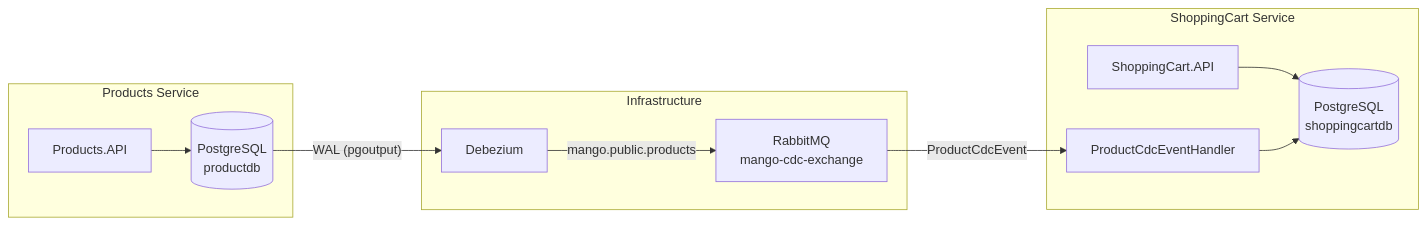
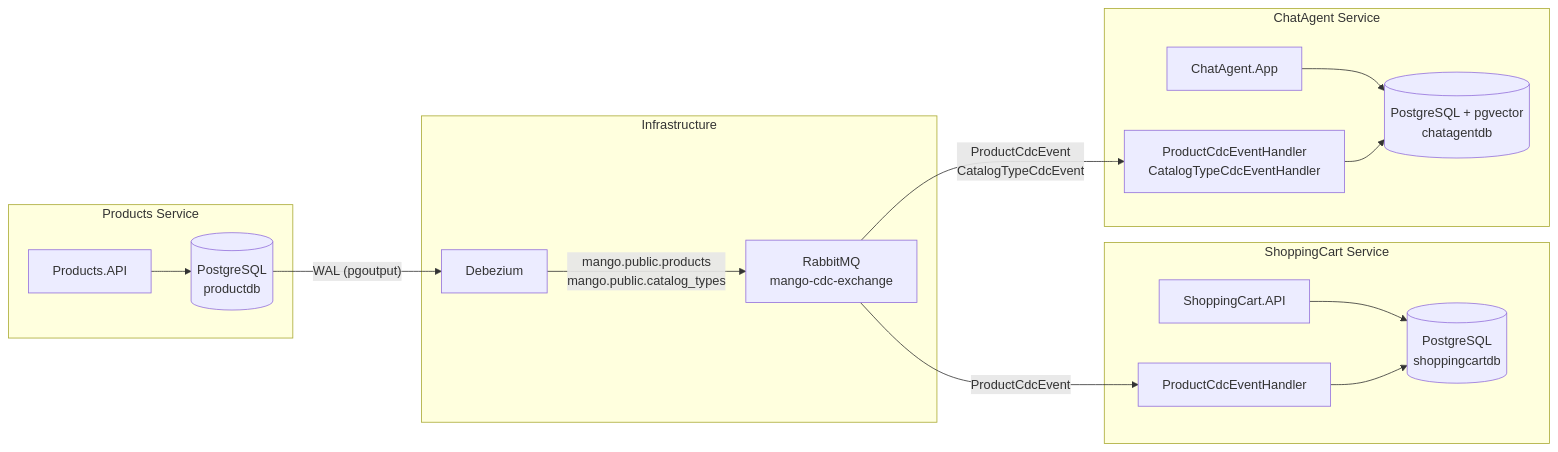
Before and after one commit to haidang9b/MangoAspire: the diagram in docs/CDC.md, drawn with Mermaid. The commit also changed other lines of this file and 76 other files, not shown here.

First line of the commit message:
Add unit tests and integration tests for ChatAgent application (#33)

````diff
--- a/docs/CDC.md
+++ b/docs/CDC.md
@@ -11,26 +11,36 @@
 ```mermaid
 flowchart LR
     subgraph Products Service
         P_DB[(PostgreSQL<br/>productdb)]
         P_API[Products.API]
         P_API --> P_DB
     end
 
     subgraph Infrastructure
         Deb[Debezium]
         RMQ[RabbitMQ<br/>mango-cdc-exchange]
     end
 
     subgraph ShoppingCart Service
         SC_API[ShoppingCart.API]
         SC_DB[(PostgreSQL<br/>shoppingcartdb)]
         SC_Handler[ProductCdcEventHandler]
         
         SC_API --> SC_DB
         SC_Handler --> SC_DB
     end
 
+    subgraph ChatAgent Service
+        CA_App[ChatAgent.App]
+        CA_DB[(PostgreSQL + pgvector<br/>chatagentdb)]
+        CA_Handler[ProductCdcEventHandler<br/>CatalogTypeCdcEventHandler]
+
+        CA_App --> CA_DB
+        CA_Handler --> CA_DB
+    end
+
     P_DB -->|"WAL (pgoutput)"| Deb
-    Deb -->|"mango.public.products"| RMQ
+    Deb -->|"mango.public.products<br/>mango.public.catalog_types"| RMQ
     RMQ -->|"ProductCdcEvent"| SC_Handler
+    RMQ -->|"ProductCdcEvent<br/>CatalogTypeCdcEvent"| CA_Handler
 ```
````
